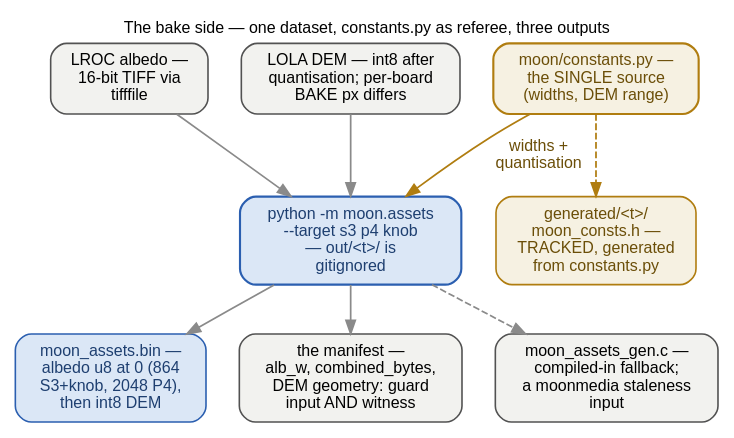
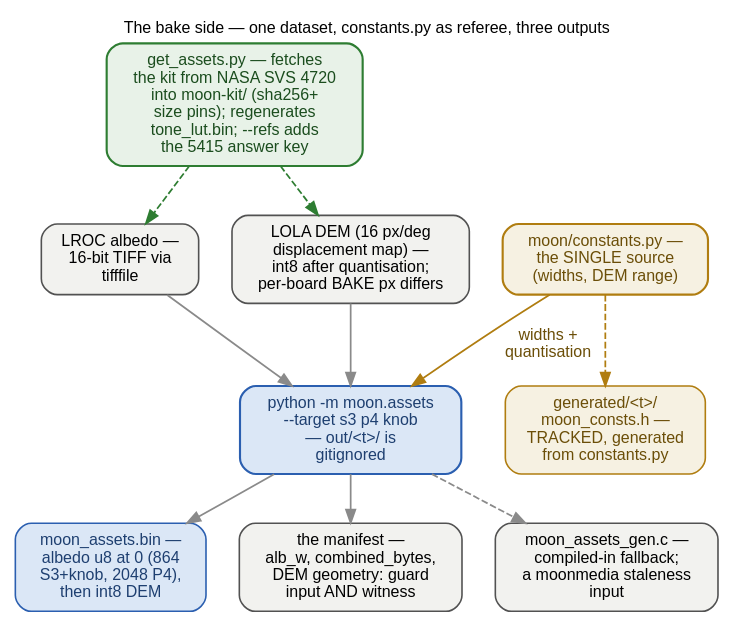
Before and after one commit to ukos-git/moon-clock-esp: the diagram in docs/_graphs/assets-pipeline-bake.dot, drawn with Graphviz. The commit also changed 15 other files, not shown here.

```diff
--- a/docs/_graphs/assets-pipeline-bake.dot
+++ b/docs/_graphs/assets-pipeline-bake.dot
@@ -1,55 +1,61 @@
 // The bake side, opened (verified before drawing):
 //   The sources are shared by all three boards: LROC albedo loaded
 //   16-bit via tifffile + the LOLA DEM — ONE dataset; only the
-//   per-board BAKE resolution differs.
+//   per-board BAKE resolution differs. get_assets.py re-fetches both
+//   from NASA SVS 4720 into moon-kit/ under sha256+size pins (nothing
+//   binary is committed); the bake then runs offline off that cache.
 //   moon/constants.py is the single source of truth (widths, DEM
 //   quantisation range) — so components/moon/generated/<target>/
 //   moon_consts.h is GENERATED from it (TRACKED; docs/reference/
 //   moon-consts.rst single-sources that header).
 //   The CLI: cd assets/images/moon && .venv/bin/python -m moon.assets
 //   --target s3 p4 knob; choices come from constants.TARGETS. The
 //   whole out/<target>/ tree is gitignored and regenerated.
 //   The three outputs: moon_assets.bin — the flashed blob, albedo u8
 //   at offset 0 (864 wide on S3+knob, 2048 on P4) then the int8 DEM
 //   — the moon_assets.h boot contract read by esp_partition_read;
 //   moon_assets_manifest.json — alb_w, combined_bytes, DEM geometry
 //   — the guard's input AND its witness; moon_assets_gen.c — the
 //   compiled-in fallback texture, also a moonmedia staleness input.
 //   The root CMakeLists' FATAL_ERROR trio referees both firmware ends
 //   (see assets-pipeline-guards.dot).
 // The sealed version is assets-pipeline.dot.
 // FONTS: 12 pt = the page's 16 px body text at 1:1 — kept inside the
 // content column.
 // Rendered inline as SVG by sphinx.ext.graphviz (dot on PATH).
 digraph assets_pipeline_bake {
     rankdir=TB;
     label="The bake side — one dataset, constants.py as referee, three outputs";
     labelloc="t"; labeljust="c";
     fontname="Helvetica"; fontsize=12;
     graph [nodesep=0.35, ranksep=0.5];
     node [fontname="Helvetica", fontsize=12, shape=box, style="rounded,filled",
           width=0, height=0, margin="0.16,0.10", fillcolor="#f2f2ef",
           color="#525252", penwidth=1.2];
     edge [fontname="Helvetica", fontsize=12, color="#8a8a8a", penwidth=1.3];
 
+    kit [label="get_assets.py — fetches\nthe kit from NASA SVS 4720\ninto moon-kit/ (sha256+\nsize pins); regenerates\ntone_lut.bin; --refs adds\nthe 5415 answer key",
+         fillcolor="#e8f2e8", color="#2e7d32", fontcolor="#1b4d1e", penwidth=1.6];
     albedo [label="LROC albedo —\n16-bit TIFF via\ntifffile"];
-    dem [label="LOLA DEM — int8 after\nquantisation; per-board\nBAKE px differs"];
+    dem [label="LOLA DEM (16 px/deg\ndisplacement map) —\nint8 after quantisation;\nper-board BAKE px differs"];
     consts [label="moon/constants.py —\nthe SINGLE source\n(widths, DEM range)",
             fillcolor="#f6f1e2", color="#b07d10", fontcolor="#6b4e08", penwidth=1.6];
     cli [label="python -m moon.assets\n--target s3 p4 knob\n— out/<t>/ is\ngitignored",
          fillcolor="#dbe7f6", color="#2b5fb0", fontcolor="#1e3f70", penwidth=1.6];
     hdr [label="generated/<t>/\nmoon_consts.h —\nTRACKED, generated\nfrom constants.py",
          fillcolor="#f6f1e2", color="#b07d10", fontcolor="#6b4e08"];
     blob [label="moon_assets.bin —\nalbedo u8 at 0 (864\nS3+knob, 2048 P4),\nthen int8 DEM",
           fillcolor="#dbe7f6", color="#2b5fb0", fontcolor="#1e3f70"];
     mani [label="the manifest —\nalb_w, combined_bytes,\nDEM geometry: guard\ninput AND witness"];
     genc [label="moon_assets_gen.c —\ncompiled-in fallback;\na moonmedia staleness\ninput"];
 
+    kit -> albedo [style=dashed, color="#2e7d32"];
+    kit -> dem [style=dashed, color="#2e7d32"];
     albedo -> cli;
     dem -> cli;
     consts -> cli [label="widths +\nquantisation", color="#b07d10", fontcolor="#6b4e08"];
     consts -> hdr [style=dashed, color="#b07d10"];
     cli -> blob;
     cli -> mani;
     cli -> genc [style=dashed];
 }
```
